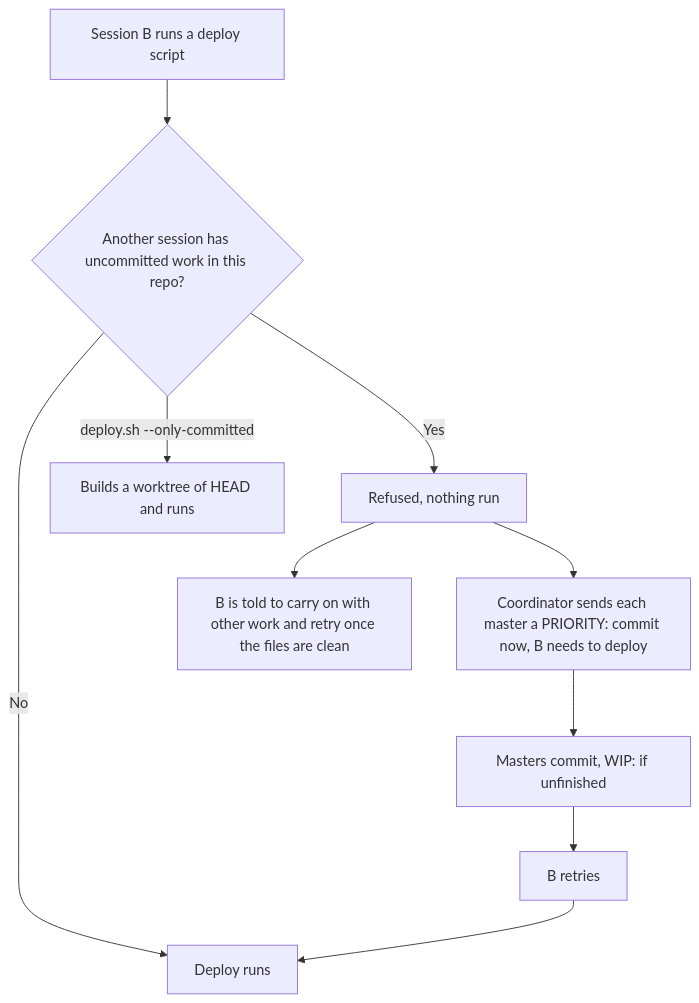
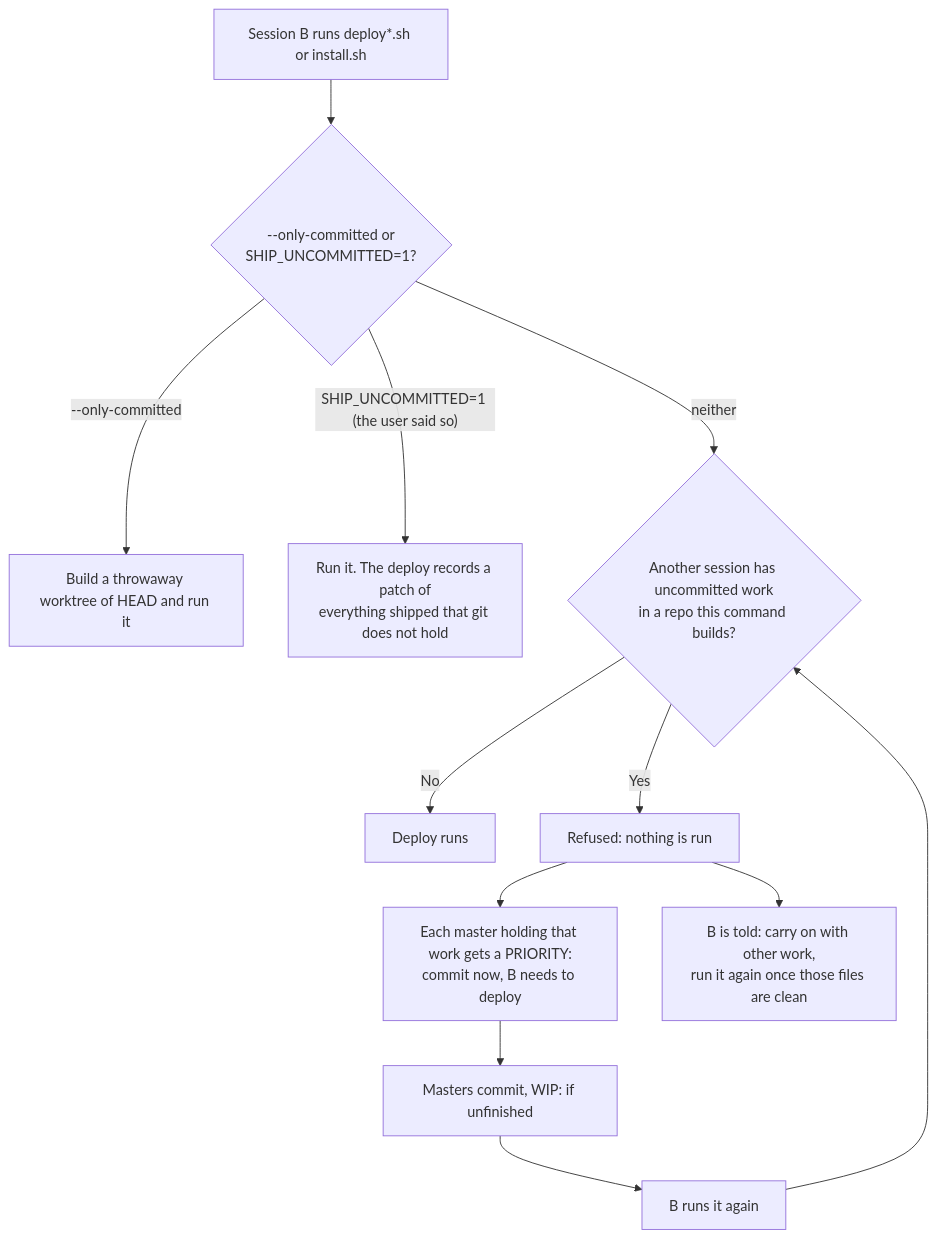
The third of 5 diagrams in README.md (andrewbakercloudscale/claude-burst), drawn with Mermaid before and after one commit. The commit also changed other lines of this file and 4 other files, not shown here.

First line of the commit message:
README: how coordination's metrics and Issues work, with upgraded diagrams

````diff
--- a/README.md
+++ b/README.md
@@ -294,11 +326,13 @@
 ```mermaid
 flowchart TD
-    D[Session B runs a deploy script] --> Q{Another session has uncommitted work in this repo?}
-    Q -- No --> RUN[Deploy runs]
-    Q -- Yes --> R[Refused, nothing run]
-    R --> M[Coordinator sends each master a PRIORITY: commit now, B needs to deploy]
-    R --> B2[B is told to carry on with other work and retry once the files are clean]
-    M --> CM[Masters commit, WIP: if unfinished]
-    CM --> RETRY[B retries] --> RUN
-    Q -- "deploy.sh --only-committed" --> HEAD[Builds a worktree of HEAD and runs]
+    D["Session B runs deploy*.sh or install.sh"] --> O{"--only-committed or<br/>SHIP_UNCOMMITTED=1?"}
+    O -- "--only-committed" --> HEAD["Build a throwaway worktree of HEAD and run it"]
+    O -- "SHIP_UNCOMMITTED=1 (the user said so)" --> REC["Run it. The deploy records a patch of<br/>everything shipped that git does not hold"]
+    O -- neither --> Q{"Another session has uncommitted work<br/>in a repo this command builds?"}
+    Q -- No --> RUN["Deploy runs"]
+    Q -- Yes --> R["Refused: nothing is run"]
+    R --> M["Each master holding that work gets a PRIORITY:<br/>commit now, B needs to deploy"]
+    R --> B2["B is told: carry on with other work,<br/>run it again once those files are clean"]
+    M --> CM["Masters commit, WIP: if unfinished"]
+    CM --> RETRY["B runs it again"] --> Q
 ```
````
